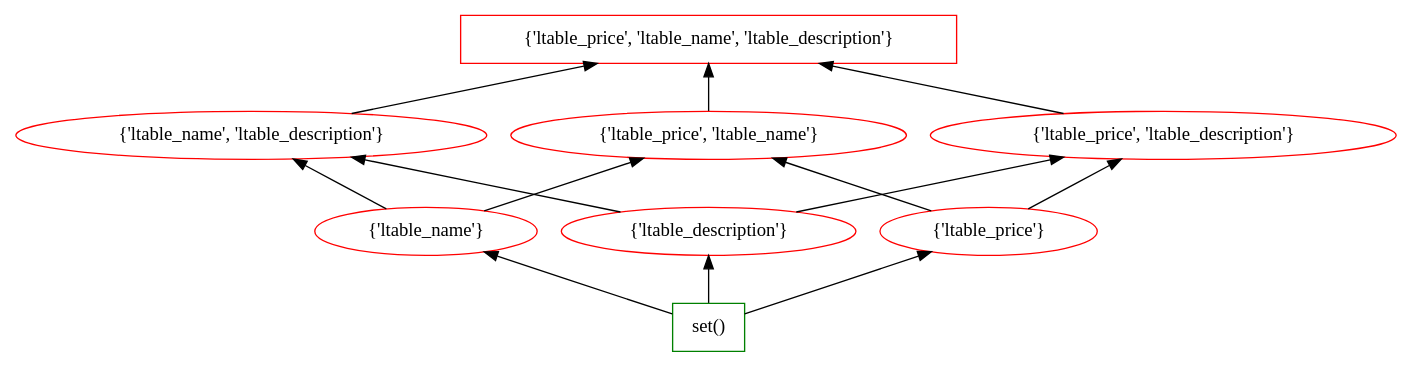
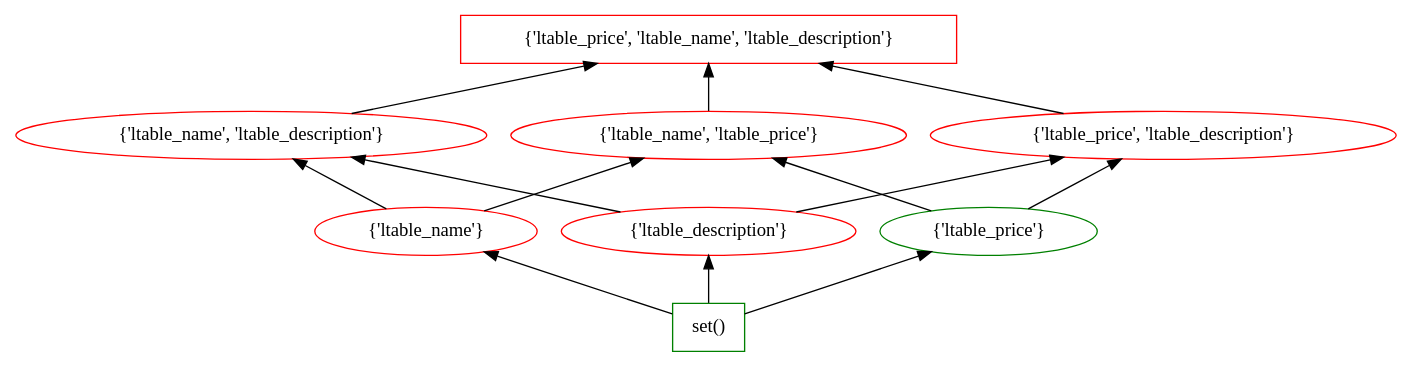
Before and after one commit to tteofili/certem: the diagram in data_new/AB/Ditto/3/lattice_0.dot, drawn with Graphviz. The commit also changed 1253 other files, not shown here.

```diff
--- a/data_new/AB/Ditto/3/lattice_0.dot
+++ b/data_new/AB/Ditto/3/lattice_0.dot
@@ -1,26 +1,26 @@
 digraph G {
 splines="line"
 rankdir=BT
 "{'ltable_price', 'ltable_name', 'ltable_description'}" [shape=box];
 "set()" [shape=box];
 "set()" [color=green];
 "set()" -> "{'ltable_name'}";
 "set()" -> "{'ltable_description'}";
 "set()" -> "{'ltable_price'}";
 "{'ltable_name'}" [color=red];
 "{'ltable_name'}" -> "{'ltable_name', 'ltable_description'}";
-"{'ltable_name'}" -> "{'ltable_price', 'ltable_name'}";
+"{'ltable_name'}" -> "{'ltable_name', 'ltable_price'}";
 "{'ltable_description'}" [color=red];
 "{'ltable_description'}" -> "{'ltable_name', 'ltable_description'}";
 "{'ltable_description'}" -> "{'ltable_price', 'ltable_description'}";
-"{'ltable_price'}" [color=red];
-"{'ltable_price'}" -> "{'ltable_price', 'ltable_name'}";
+"{'ltable_price'}" [color=green];
+"{'ltable_price'}" -> "{'ltable_name', 'ltable_price'}";
 "{'ltable_price'}" -> "{'ltable_price', 'ltable_description'}";
 "{'ltable_name', 'ltable_description'}" [color=red];
 "{'ltable_name', 'ltable_description'}" -> "{'ltable_price', 'ltable_name', 'ltable_description'}";
-"{'ltable_price', 'ltable_name'}" [color=red];
-"{'ltable_price', 'ltable_name'}" -> "{'ltable_price', 'ltable_name', 'ltable_description'}";
+"{'ltable_name', 'ltable_price'}" [color=red];
+"{'ltable_name', 'ltable_price'}" -> "{'ltable_price', 'ltable_name', 'ltable_description'}";
 "{'ltable_price', 'ltable_description'}" [color=red];
 "{'ltable_price', 'ltable_description'}" -> "{'ltable_price', 'ltable_name', 'ltable_description'}";
 "{'ltable_price', 'ltable_name', 'ltable_description'}" [color=red];
 }
```
